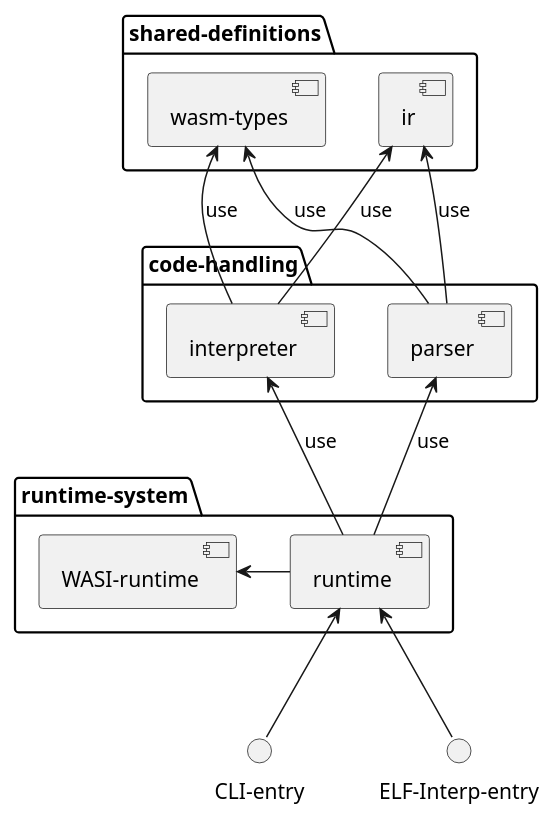
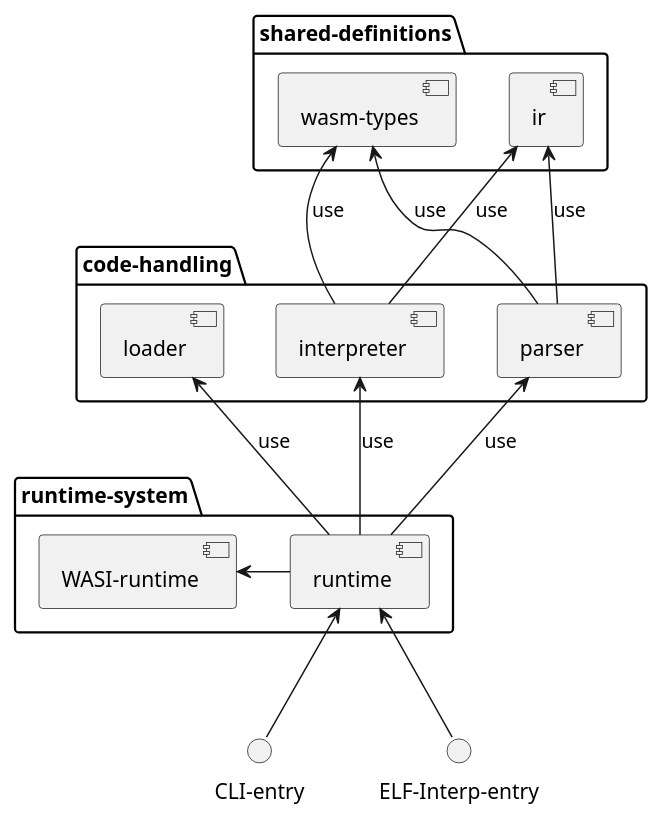
Before and after one commit to EPD-WASM/WASMine: the diagram in README.md, drawn with PlantUML. The commit also changed 48 other files, not shown here.

````diff
--- a/README.md
+++ b/README.md
@@ -59,30 +59,33 @@
 ```plantuml
 @startuml
 package shared-definitions {
     component "wasm-types"
     component ir
 }
 
 package code-handling {
     component parser
     parser -up-> ir : use
     parser -up-> "wasm-types" : use
 
     component interpreter
     interpreter -up-> ir : use
     interpreter -up-> "wasm-types" : use
+
+    component loader
 }
 
 package runtime-system {
     component "WASI-runtime"
 
     component runtime
     runtime -up-> parser : use
     runtime -up-> interpreter : use
+    runtime -up-> loader : use
     runtime -left-> "WASI-runtime"
 }
 
 "CLI-entry" -up-> runtime
 "ELF-Interp-entry" -up-> runtime
 @enduml
 ```
````
